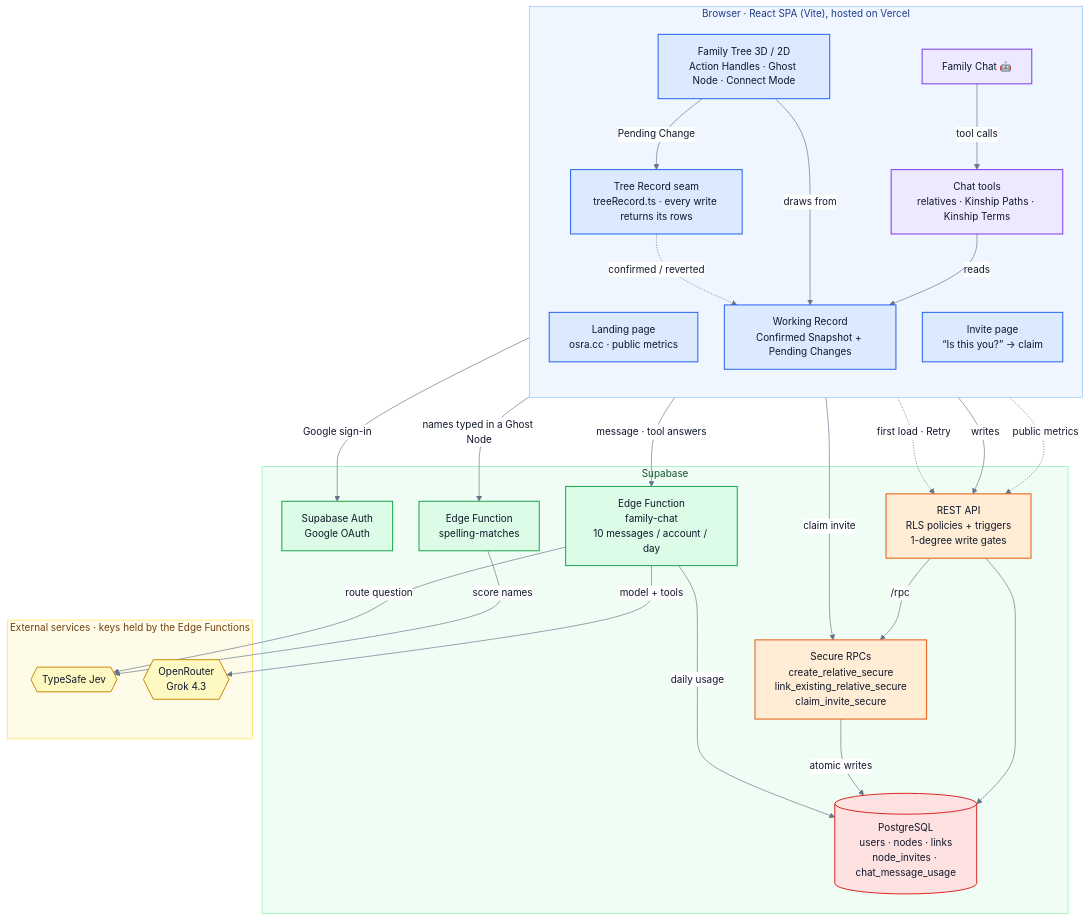
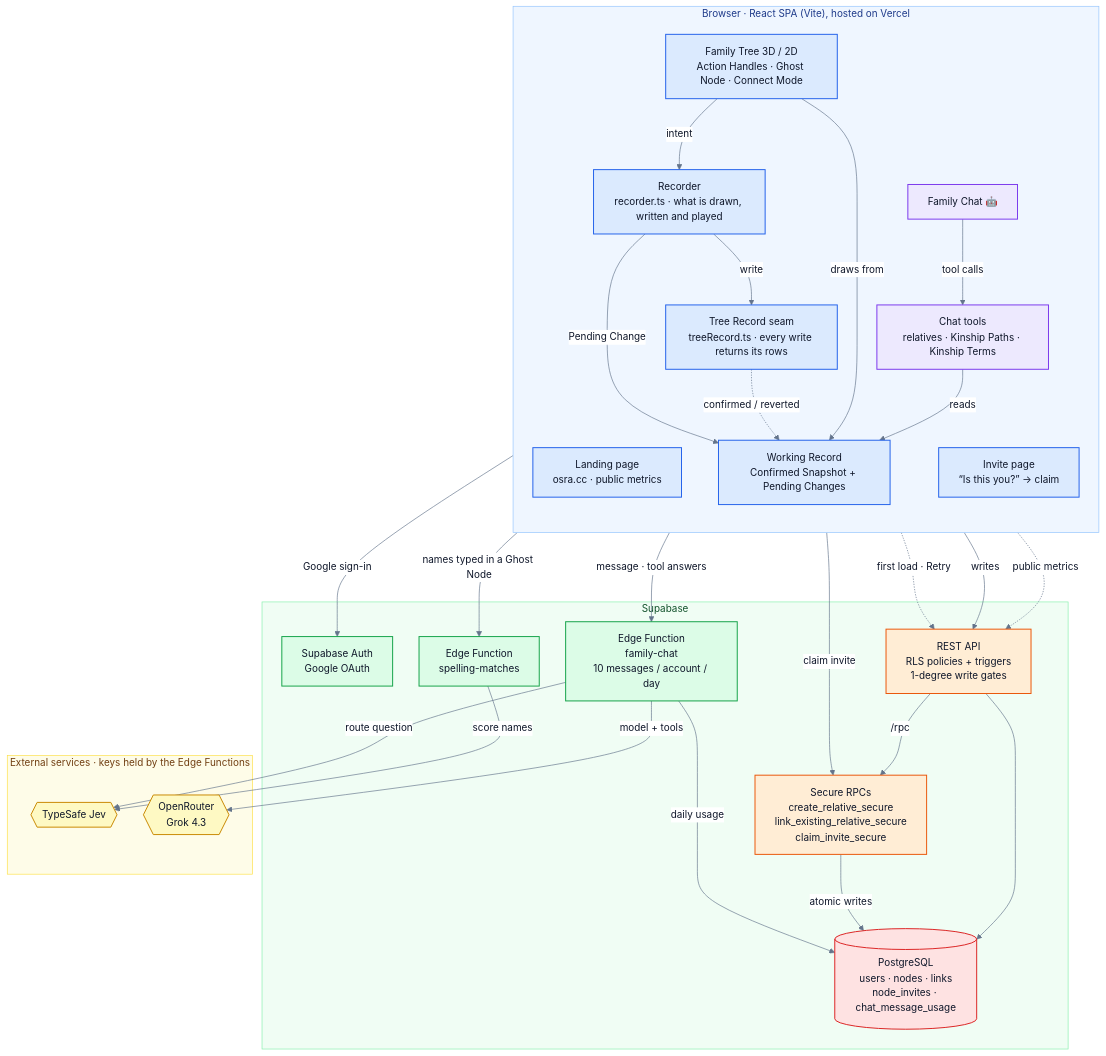
The first of 3 diagrams in README.md (akulafb/osra), drawn with Mermaid before and after one commit. The commit also changed other lines of this file and 22 other files, not shown here.

First line of the commit message:
One Recorder turns an intent into what is drawn, written and played

````diff
--- a/README.md
+++ b/README.md
@@ -11,64 +11,67 @@
 ```mermaid
 %%{init: {"theme": "base", "themeVariables": {"fontFamily": "ui-sans-serif, system-ui, sans-serif", "fontSize": "15px", "lineColor": "#64748b", "primaryTextColor": "#0f172a", "edgeLabelBackground": "#ffffff"}, "flowchart": {"nodeSpacing": 40, "rankSpacing": 60}}}%%
 flowchart TB
   subgraph Browser["Browser · React SPA (Vite), hosted on Vercel"]
     direction TB
     Landing["Landing page<br/>osra.cc · public metrics"]
     Invite["Invite page<br/>“Is this you?” → claim"]
     Tree["Family Tree 3D / 2D<br/>Action Handles · Ghost Node · Connect Mode"]
     Chat["Family Chat 🤖"]
+    Recorder["Recorder<br/>recorder.ts · what is drawn, written and played"]
     Seam["Tree Record seam<br/>treeRecord.ts · every write returns its rows"]
     WR["Working Record<br/>Confirmed Snapshot + Pending Changes"]
     Tools["Chat tools<br/>relatives · Kinship Paths · Kinship Terms"]
   end
 
   subgraph Supabase["Supabase"]
     Auth["Supabase Auth<br/>Google OAuth"]
     REST["REST API<br/>RLS policies + triggers<br/>1-degree write gates"]
     RPC["Secure RPCs<br/>create_relative_secure<br/>link_existing_relative_secure<br/>claim_invite_secure"]
     FnSpell["Edge Function<br/>spelling-matches"]
     FnChat["Edge Function<br/>family-chat<br/>10 messages / account / day"]
     PG[("PostgreSQL<br/>users · nodes · links<br/>node_invites · chat_message_usage")]
   end
 
   subgraph External["External services · keys held by the Edge Functions"]
     Jev{{"TypeSafe Jev"}}
     OR{{"OpenRouter<br/>Grok 4.3"}}
   end
 
   Landing -- Google sign-in --> Auth
   Landing -. public metrics .-> REST
   Invite -- claim invite --> RPC
-  Tree -- Pending Change --> Seam
+  Tree -- intent --> Recorder
+  Recorder -- Pending Change --> WR
+  Recorder -- write --> Seam
   Seam -- writes --> REST
   REST -- /rpc --> RPC
   Seam -. confirmed / reverted .-> WR
   WR -. first load · Retry .-> REST
   Tree -- draws from --> WR
   Tree -- names typed in a Ghost Node --> FnSpell
   Chat -- tool calls --> Tools
   Tools -- reads --> WR
   Chat -- message · tool answers --> FnChat
   REST --> PG
   RPC -- atomic writes --> PG
   FnChat -- daily usage --> PG
   FnSpell -- score names --> Jev
   FnChat -- route question --> Jev
   FnChat -- model + tools --> OR
 
   classDef ui fill:#dbeafe,stroke:#2563eb,stroke-width:1.5px,color:#0f172a
   classDef chat fill:#ede9fe,stroke:#7c3aed,stroke-width:1.5px,color:#0f172a
   classDef supa fill:#dcfce7,stroke:#16a34a,stroke-width:1.5px,color:#0f172a
   classDef gate fill:#ffedd5,stroke:#ea580c,stroke-width:1.5px,color:#0f172a
   classDef data fill:#fee2e2,stroke:#dc2626,stroke-width:1.5px,color:#0f172a
   classDef ext fill:#fef9c3,stroke:#ca8a04,stroke-width:1.5px,color:#0f172a
-  class Landing,Invite,Tree,Seam,WR ui
+  class Landing,Invite,Tree,Recorder,Seam,WR ui
   class Chat,Tools chat
   class Auth,FnSpell,FnChat supa
   class REST,RPC gate
   class PG data
   class Jev,OR ext
   style Browser fill:#eff6ff,stroke:#93c5fd,color:#1e3a8a
   style Supabase fill:#f0fdf4,stroke:#86efac,color:#14532d
   style External fill:#fefce8,stroke:#fde047,color:#713f12
 ```
````
